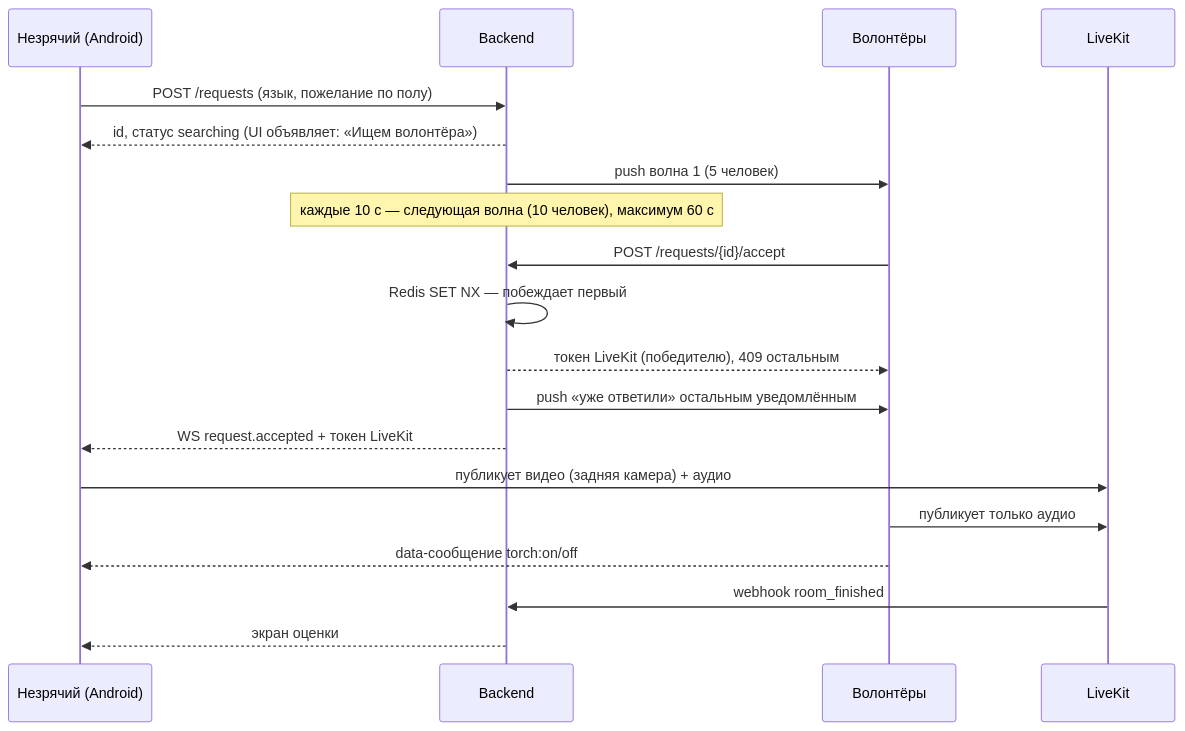
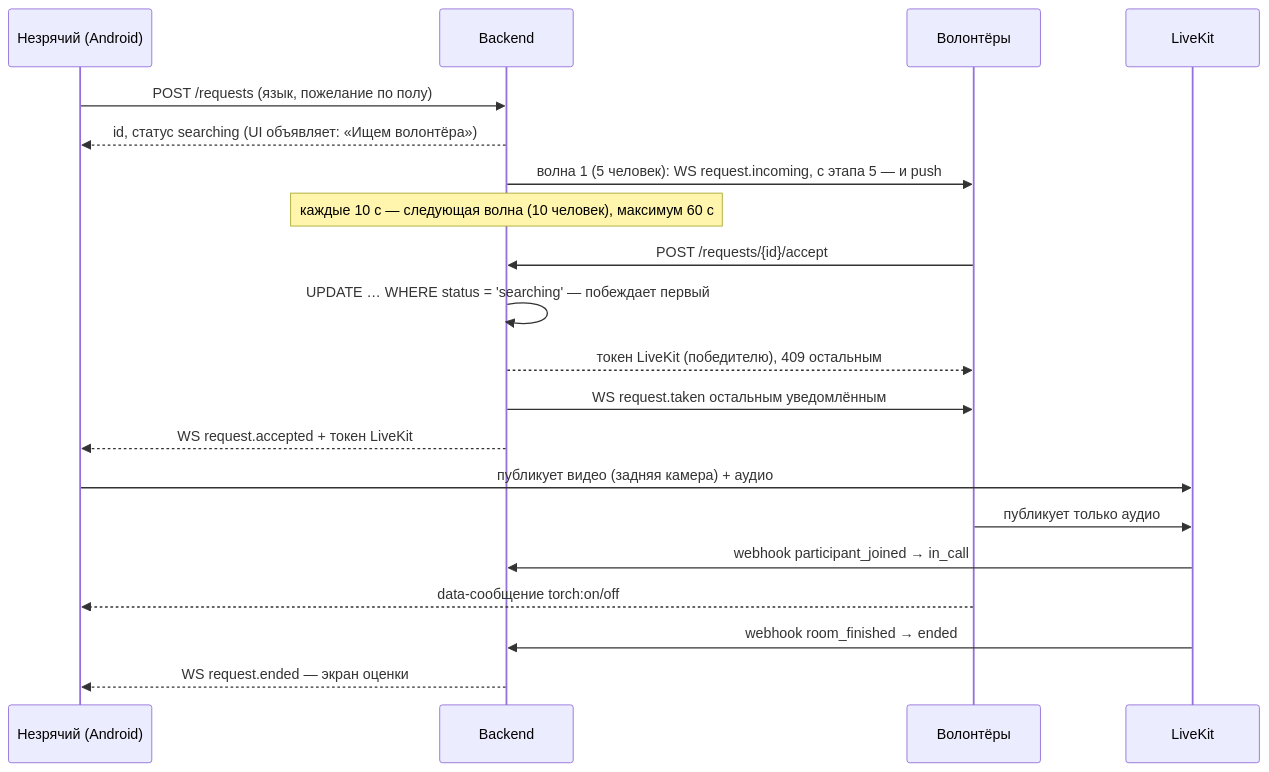
Before and after one commit to KhanKhanov/ryadom: the second of 2 diagrams in docs/ARCHITECTURE.md, drawn with Mermaid. The commit also changed other lines of this file and 47 other files, not shown here.

````diff
--- a/docs/ARCHITECTURE.md
+++ b/docs/ARCHITECTURE.md
@@ -45,21 +45,22 @@
 ```mermaid
 sequenceDiagram
   participant U as Незрячий (Android)
   participant B as Backend
   participant V as Волонтёры
   participant L as LiveKit
   U->>B: POST /requests (язык, пожелание по полу)
   B-->>U: id, статус searching (UI объявляет: «Ищем волонтёра»)
-  B->>V: push волна 1 (5 человек)
+  B->>V: волна 1 (5 человек): WS request.incoming, с этапа 5 — и push
   Note over B: каждые 10 с — следующая волна (10 человек), максимум 60 с
   V->>B: POST /requests/{id}/accept
-  B->>B: Redis SET NX — побеждает первый
+  B->>B: UPDATE … WHERE status = 'searching' — побеждает первый
   B-->>V: токен LiveKit (победителю), 409 остальным
-  B->>V: push «уже ответили» остальным уведомлённым
+  B->>V: WS request.taken остальным уведомлённым
   B-->>U: WS request.accepted + токен LiveKit
   U->>L: публикует видео (задняя камера) + аудио
   V->>L: публикует только аудио
+  L->>B: webhook participant_joined → in_call
   V-->>U: data-сообщение torch:on/off
-  L->>B: webhook room_finished
-  B-->>U: экран оценки
+  L->>B: webhook room_finished → ended
+  B-->>U: WS request.ended — экран оценки
 ```
````
